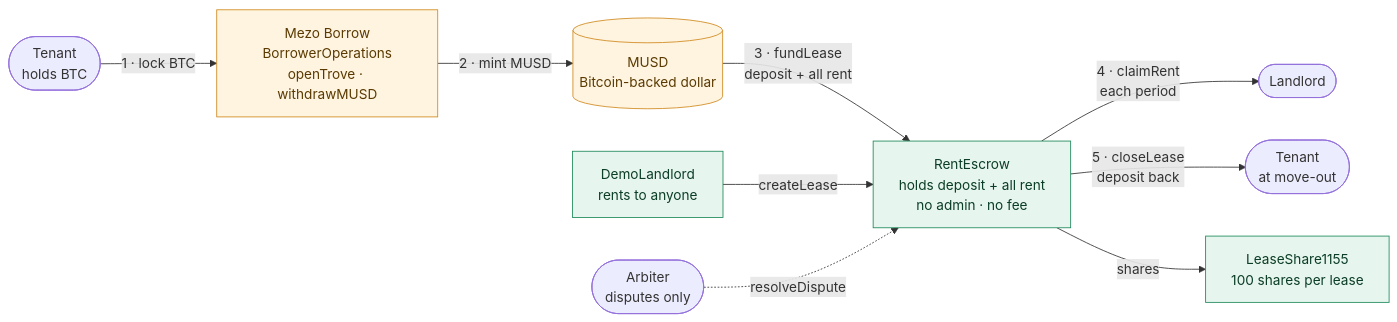
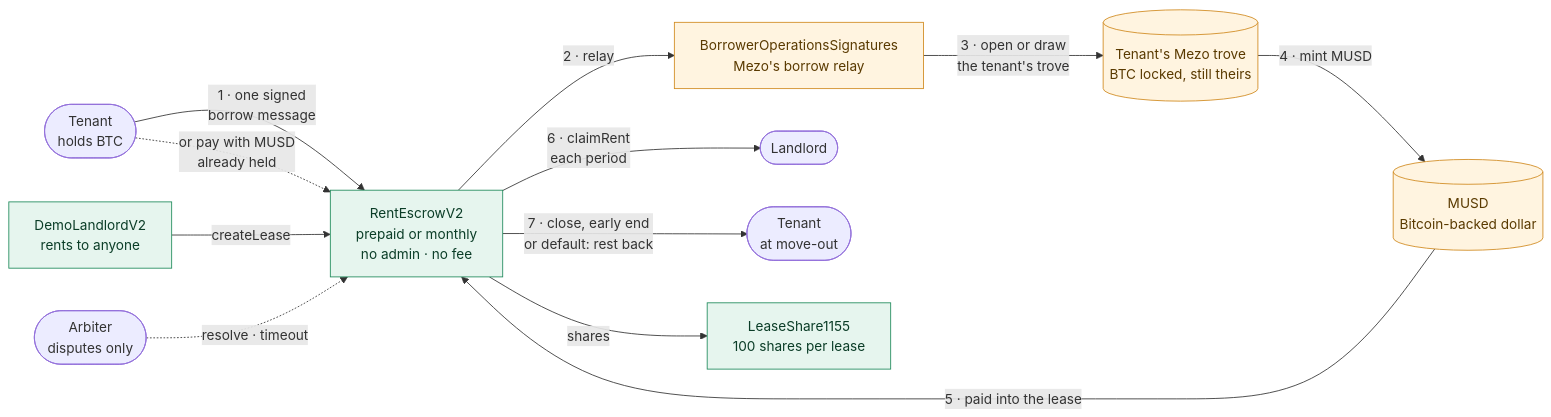
Before and after one commit to AiAlchemist0/rentouts-musd: the first of 3 diagrams in README.md, drawn with Mermaid. The commit also changed other lines of this file and 1 other file, not shown here.

First line of the commit message:
Docs: README and onboarding for the Wave 2 escrow

````diff
--- a/README.md
+++ b/README.md
@@ -90,26 +92,30 @@
 ```mermaid
 flowchart LR
     T(["Tenant<br/>holds BTC"])
-    BO["Mezo Borrow<br/>BorrowerOperations<br/>openTrove · withdrawMUSD"]
+    ESC["RentEscrowV2<br/>prepaid or monthly<br/>no admin · no fee"]
+    RELAY["BorrowerOperationsSignatures<br/>Mezo's borrow relay"]
+    TROVE[("Tenant's Mezo trove<br/>BTC locked, still theirs")]
     M[("MUSD<br/>Bitcoin-backed dollar")]
-    ESC["RentEscrow<br/>holds deposit + all rent<br/>no admin · no fee"]
     L(["Landlord"])
     T2(["Tenant<br/>at move-out"])
     LS["LeaseShare1155<br/>100 shares per lease"]
-    DL["DemoLandlord<br/>rents to anyone"]
+    DL["DemoLandlordV2<br/>rents to anyone"]
     ARB(["Arbiter<br/>disputes only"])
 
-    T -->|"1 · lock BTC"| BO
-    BO -->|"2 · mint MUSD"| M
-    M -->|"3 · fundLease<br/>deposit + all rent"| ESC
-    ESC -->|"4 · claimRent<br/>each period"| L
-    ESC -->|"5 · closeLease<br/>deposit back"| T2
+    T -->|"1 · one signed<br/>borrow message"| ESC
+    ESC -->|"2 · relay"| RELAY
+    RELAY -->|"3 · open or draw<br/>the tenant's trove"| TROVE
+    TROVE -->|"4 · mint MUSD"| M
+    M -->|"5 · paid into the lease"| ESC
+    T -.->|"or pay with MUSD<br/>already held"| ESC
+    ESC -->|"6 · claimRent<br/>each period"| L
+    ESC -->|"7 · close, early end<br/>or default: rest back"| T2
     DL -->|"createLease"| ESC
     ESC -->|"shares"| LS
-    ARB -.->|"resolveDispute"| ESC
+    ARB -.->|"resolve · timeout"| ESC
 
     classDef mezo fill:#fff4e0,stroke:#d08a1e,color:#5a3a00
     classDef ro fill:#e6f5ee,stroke:#1f8a5b,color:#0b3d27
-    class BO,M mezo
+    class RELAY,TROVE,M mezo
     class ESC,LS,DL ro
 ```
````
